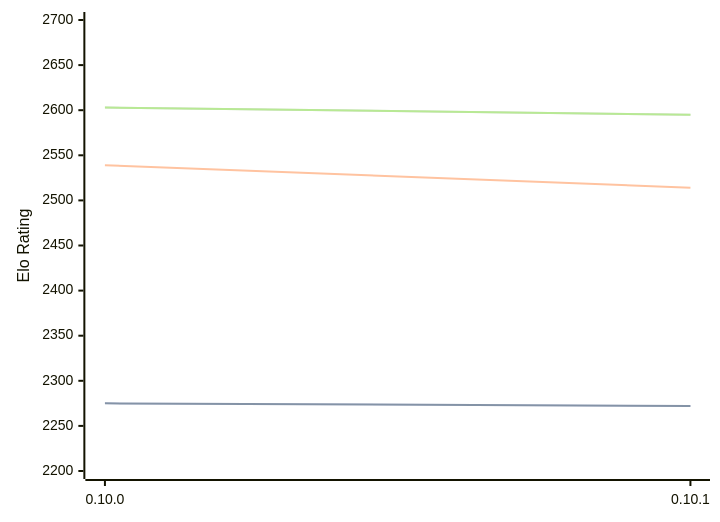
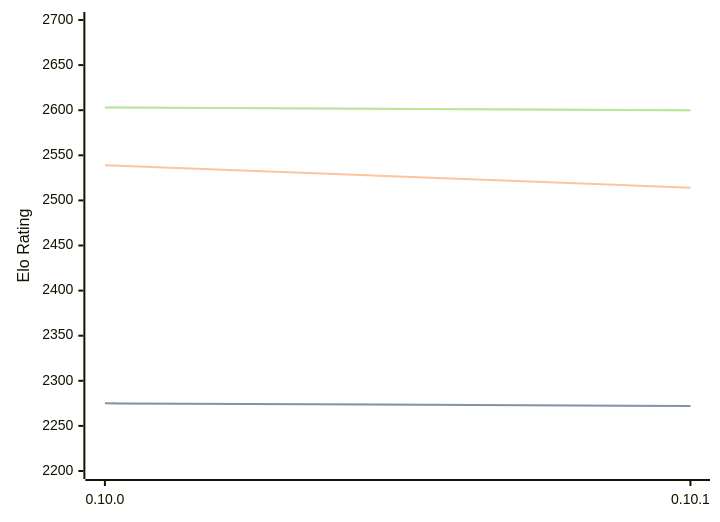
Before and after one commit to computer-chess-index/cci: the diagram in engines/Fatalii.md, drawn with Mermaid. The commit also changed other lines of this file, not shown here.

Commit message:
Update CCI Ratings (ELO VLTC) - 2026-08-30

````diff
--- a/engines/Fatalii.md
+++ b/engines/Fatalii.md
@@ -32,11 +32,11 @@
 ```mermaid
 %%{init: {"theme":"base","themeVariables":{"seriesColors:['#a3a3a3','#222221','#faa371']}}}%%
 xychart-beta
   x-axis ["0.10.0", "0.10.1"]
   y-axis "Elo Rating" 2200 --> 2700
   line "" [2275, 2272]
   line "STC (8.0+0.08s)" [2275, 2272]
   line "LTC (60.0+0.60s)" [2539, 2514]
-  line "" [2603, 2595]
-  line "VLTC (2m24s+1.12s)" [2603, 2595]
+  line "" [2603, 2600]
+  line "VLTC (2m24s+1.12s)" [2603, 2600]
 ```
````
